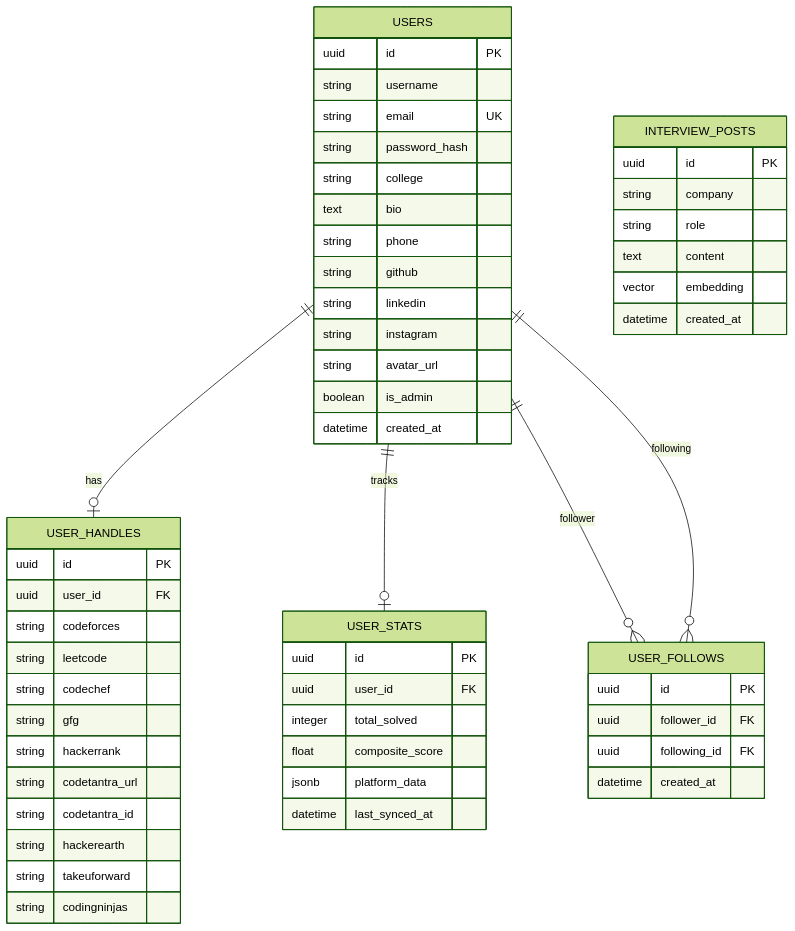
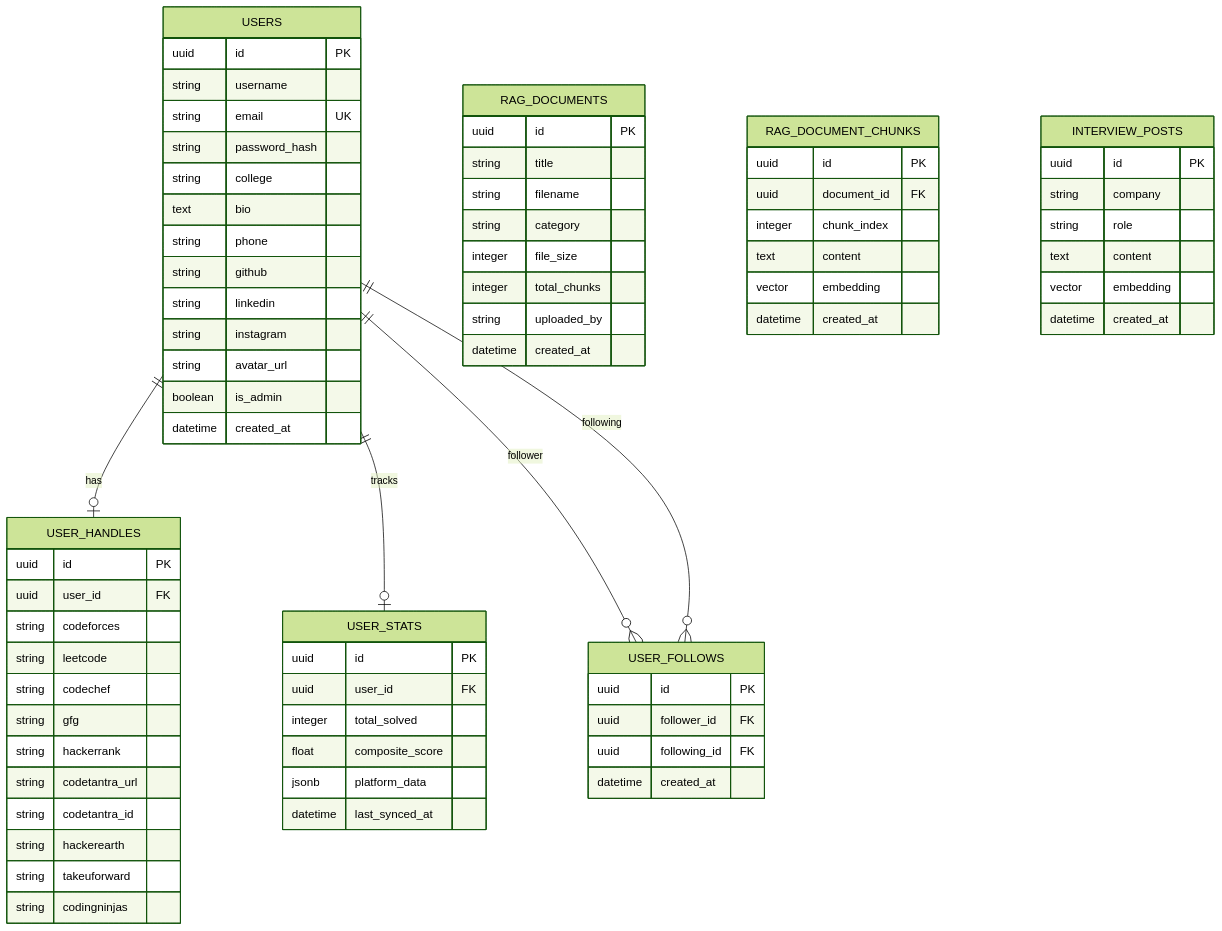
Before and after one commit to shubhanshusahu931/grade-AI: the diagram in project.md, drawn with Mermaid (forest theme). The commit also changed other lines of this file and 8 other files, not shown here.

```diff
--- a/project.md
+++ b/project.md
@@ -233,6 +233,26 @@
         datetime created_at
     }
 
+    RAG_DOCUMENTS {
+        uuid id PK
+        string title
+        string filename
+        string category
+        integer file_size
+        integer total_chunks
+        string uploaded_by
+        datetime created_at
+    }
+
+    RAG_DOCUMENT_CHUNKS {
+        uuid id PK
+        uuid document_id FK
+        integer chunk_index
+        text content
+        vector embedding
+        datetime created_at
+    }
+
     INTERVIEW_POSTS {
         uuid id PK
         string company
```
